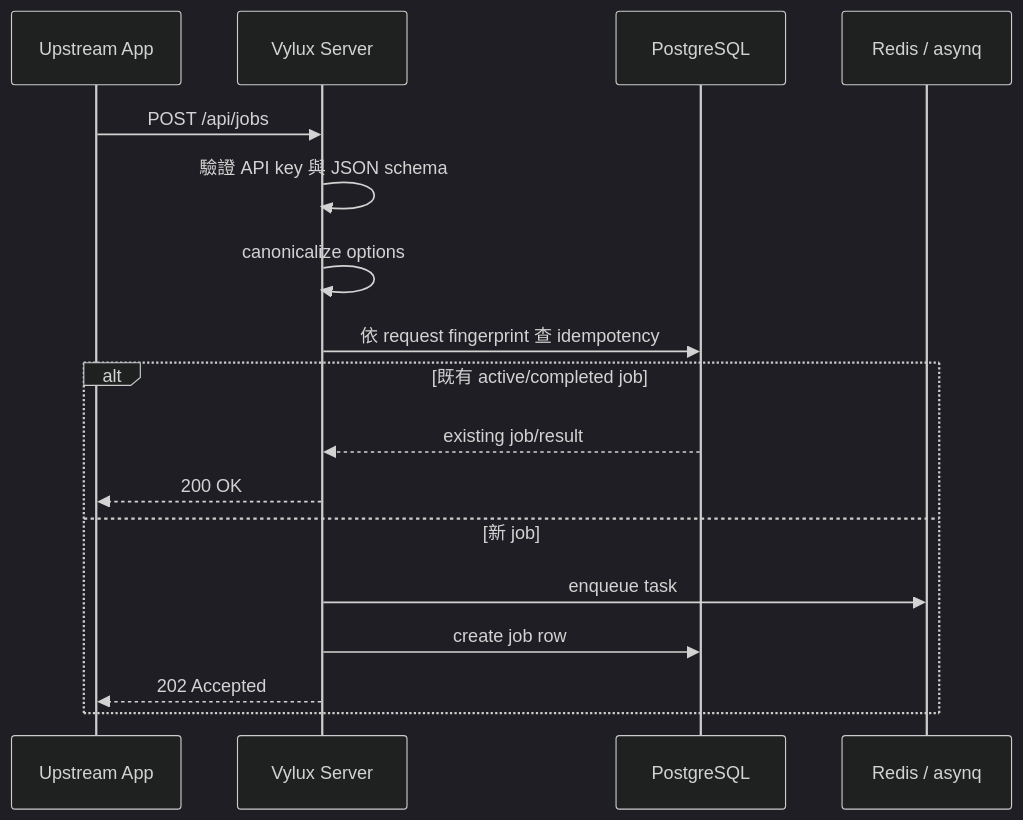
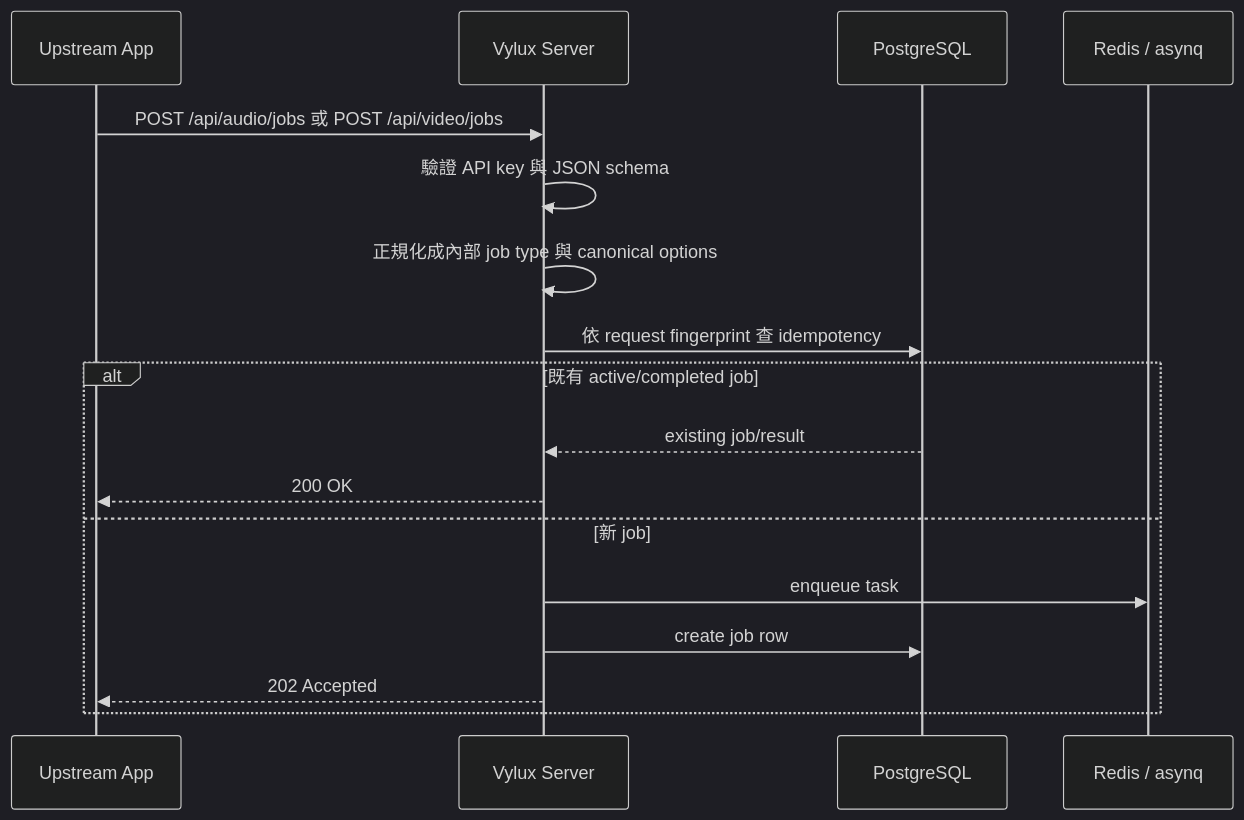
Before and after one commit to carry0987/Vylux: the second of 3 diagrams in i18n/zh-TW/docusaurus-plugin-content-docs/current/architecture/request-lifecycle.md, drawn with Mermaid (dark theme). The commit also changed other lines of this file and 31 other files, not shown here.

````diff
--- a/i18n/zh-TW/docusaurus-plugin-content-docs/current/architecture/request-lifecycle.md
+++ b/i18n/zh-TW/docusaurus-plugin-content-docs/current/architecture/request-lifecycle.md
@@ -85,20 +85,20 @@
 ```mermaid
 sequenceDiagram
 	participant App as Upstream App
 	participant Server as Vylux Server
 	participant PG as PostgreSQL
 	participant Redis as Redis / asynq
 
-	App->>Server: POST /api/jobs
+	App->>Server: POST /api/audio/jobs 或 POST /api/video/jobs
 	Server->>Server: 驗證 API key 與 JSON schema
-	Server->>Server: canonicalize options
+	Server->>Server: 正規化成內部 job type 與 canonical options
 	Server->>PG: 依 request fingerprint 查 idempotency
 	alt 既有 active/completed job
 		PG-->>Server: existing job/result
 		Server-->>App: 200 OK
 	else 新 job
 		Server->>Redis: enqueue task
 		Server->>PG: create job row
 		Server-->>App: 202 Accepted
 	end
 ```
````
